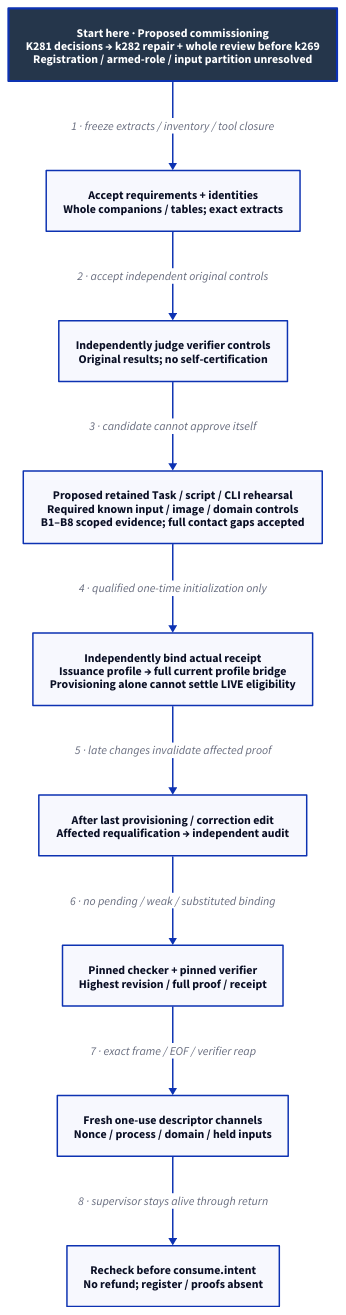
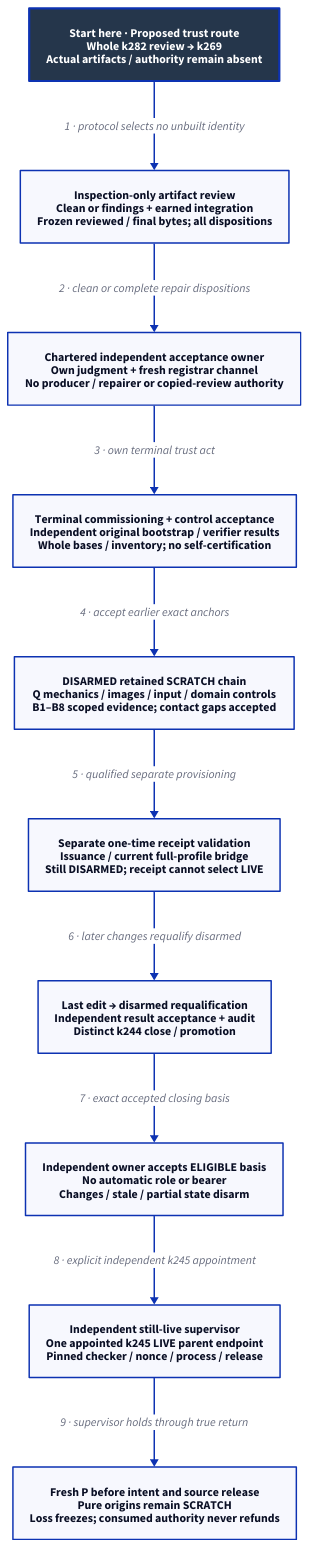
The diagram in docs/design/architecture/native-reference-proof.d2 (Linkuistics/Koine), drawn with D2 before and after one commit. The commit also changed 29 other files, not shown here.

Commit message:
Define independent LIVE release and chartered acceptance (reference-evidence-live-acceptance-k285)

```diff
--- a/docs/design/architecture/native-reference-proof.d2
+++ b/docs/design/architecture/native-reference-proof.d2
@@ -1,22 +1,24 @@
 # Proposed dependency flow; root, tools and controls remain unqualified.
 direction: down
 classes: {
   start: {style: {fill: "#25364B"; font-color: "#FFFFFF"; bold: true; stroke-width: 3}}
 }
-Start: "Start here · Proposed commissioning\nK281 decisions → k282 repair + whole review before k269\nRegistration / armed-role / input partition unresolved" {class: start}
-Revision: "Accept requirements + identities\nWhole companions / tables; exact extracts"
-Self: "Independently judge verifier controls\nOriginal results; no self-certification"
-Qualification: "Proposed retained Task / script / CLI rehearsal\nRequired known input / image / domain controls\nB1–B8 scoped evidence; full contact gaps accepted"
-Receipt: "Independently bind actual receipt\nIssuance profile → full current profile bridge\nProvisioning alone cannot settle LIVE eligibility"
-Final: "After last provisioning / correction edit\nAffected requalification → independent audit"
-Checker: "Pinned checker + pinned verifier\nHighest revision / full proof / receipt"
-Channel: "Fresh one-use descriptor channels\nNonce / process / domain / held inputs"
-Boundary: "Recheck before consume.intent\nNo refund; register / proofs absent"
-Start -> Revision: "1 · freeze extracts / inventory / tool closure"
-Revision -> Self: "2 · accept independent original controls"
-Self -> Qualification: "3 · candidate cannot approve itself"
-Qualification -> Receipt: "4 · qualified one-time initialization only"
-Receipt -> Final: "5 · late changes invalidate affected proof"
-Final -> Checker: "6 · no pending / weak / substituted binding"
-Checker -> Channel: "7 · exact frame / EOF / verifier reap"
-Channel -> Boundary: "8 · supervisor stays alive through return"
+Start: "Start here · Proposed trust route\nWhole k282 review → k269\nActual artifacts / authority remain absent" {class: start}
+Review: "Inspection-only artifact review\nClean or findings + earned integration\nFrozen reviewed / final bytes; all dispositions"
+Owner: "Chartered independent acceptance owner\nOwn judgment + fresh registrar channel\nNo producer / repairer or copied-review authority"
+Self: "Terminal commissioning + control acceptance\nIndependent original bootstrap / verifier results\nWhole bases / inventory; no self-certification"
+Qualification: "DISARMED retained SCRATCH chain\nQ mechanics / images / input / domain controls\nB1–B8 scoped evidence; contact gaps accepted"
+Receipt: "Separate one-time receipt validation\nIssuance / current full-profile bridge\nStill DISARMED; receipt cannot select LIVE"
+Final: "Last edit → disarmed requalification\nIndependent result acceptance + audit\nDistinct k244 close / promotion"
+Release: "Independent owner accepts ELIGIBLE basis\nNo automatic role or bearer\nChanges / stale / partial state disarm"
+Channel: "Independent still-live supervisor\nOne appointed k245 LIVE parent endpoint\nPinned checker / nonce / process / release"
+Boundary: "Fresh P before intent and source release\nPure origins remain SCRATCH\nLoss freezes; consumed authority never refunds"
+Start -> Review: "1 · protocol selects no unbuilt identity"
+Review -> Owner: "2 · clean or complete repair dispositions"
+Owner -> Self: "3 · own terminal trust act"
+Self -> Qualification: "4 · accept earlier exact anchors"
+Qualification -> Receipt: "5 · qualified separate provisioning"
+Receipt -> Final: "6 · later changes requalify disarmed"
+Final -> Release: "7 · exact accepted closing basis"
+Release -> Channel: "8 · explicit independent k245 appointment"
+Channel -> Boundary: "9 · supervisor holds through true return"
```
